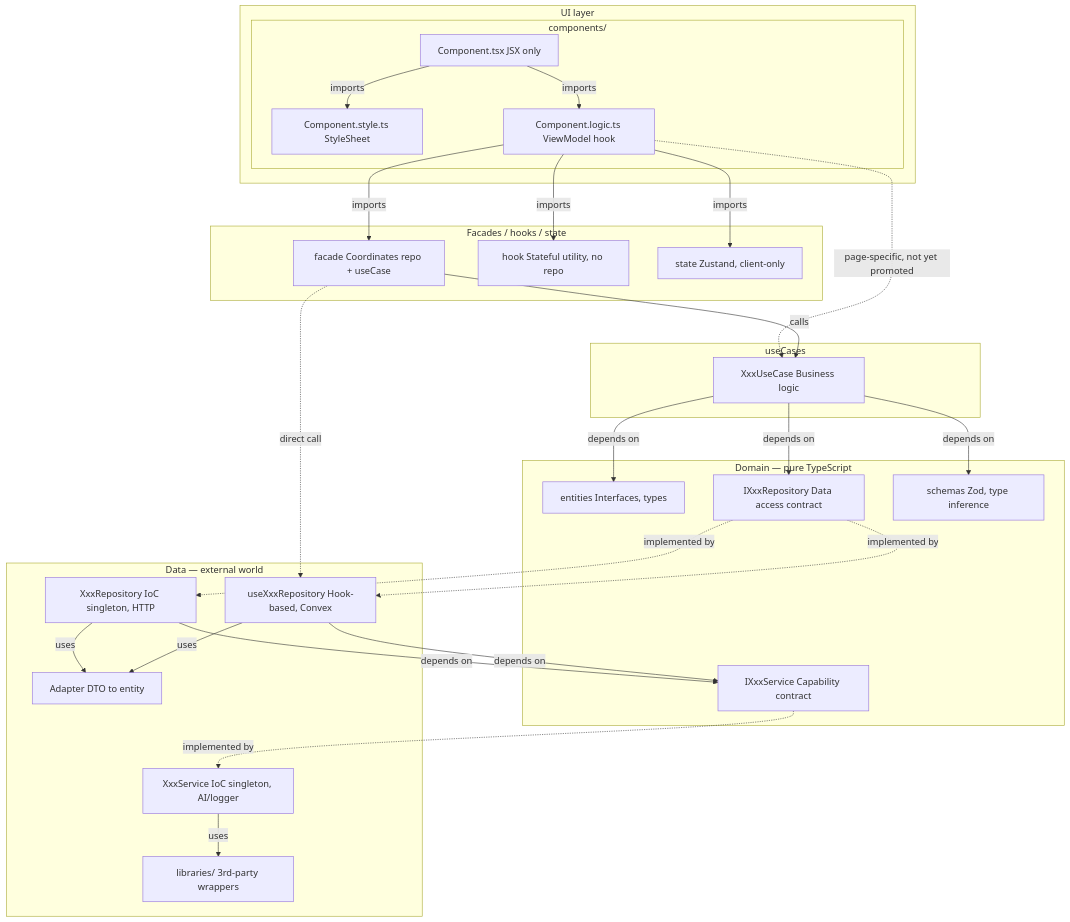
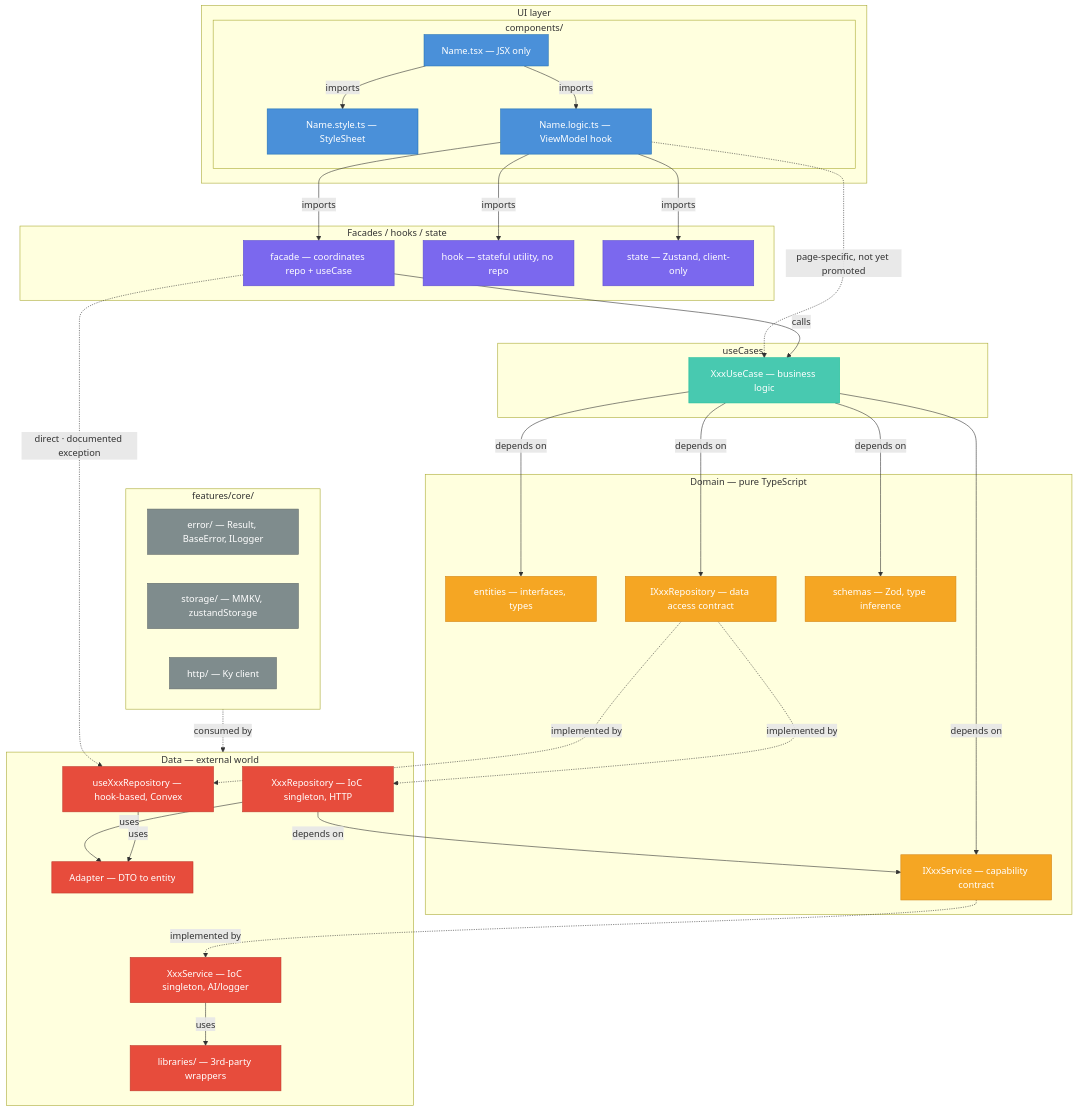
Before and after one commit to timothyrusso/HolidAI: the diagram in wiki/docs/diagrams/architecture.mermaid, drawn with Mermaid.

Commit message:
feat(266): update docs v7

```diff
--- a/wiki/docs/diagrams/architecture.mermaid
+++ b/wiki/docs/diagrams/architecture.mermaid
@@ -1,58 +1,72 @@
 flowchart TD
+    classDef ui       fill:#4A90D9,stroke:#2171B5,color:#fff
+    classDef facade   fill:#7B68EE,stroke:#5A4FCF,color:#fff
+    classDef usecase  fill:#48C9B0,stroke:#1ABC9C,color:#fff
+    classDef domain   fill:#F5A623,stroke:#D4891A,color:#fff
+    classDef data     fill:#E74C3C,stroke:#C0392B,color:#fff
+    classDef core     fill:#7F8C8D,stroke:#616A6B,color:#fff
+
     subgraph UI["UI layer"]
         subgraph Components["components/"]
-            CT["Component.tsx JSX only"]
-            CST["Component.style.ts StyleSheet"]
-            CLT["Component.logic.ts ViewModel hook"]
-            CT -->|"imports"| CST
-            CT -->|"imports"| CLT
+            TSX["Name.tsx — JSX only"]:::ui
+            STY["Name.style.ts — StyleSheet"]:::ui
+            LOG["Name.logic.ts — ViewModel hook"]:::ui
+            TSX -->|"imports"| STY
+            TSX -->|"imports"| LOG
         end
     end
 
     subgraph FHS["Facades / hooks / state"]
-        FAC["facade Coordinates repo + useCase"]
-        HOK["hook Stateful utility, no repo"]
-        STA["state Zustand, client-only"]
+        FAC["facade — coordinates repo + useCase"]:::facade
+        HOK["hook — stateful utility, no repo"]:::facade
+        STA["state — Zustand, client-only"]:::facade
     end
 
     subgraph UC["useCases"]
-        USE["XxxUseCase Business logic"]
+        USE["XxxUseCase — business logic"]:::usecase
     end
 
     subgraph DOM["Domain — pure TypeScript"]
-        ENT["entities Interfaces, types"]
-        IREP["IXxxRepository Data access contract"]
-        ISVC["IXxxService Capability contract"]
-        SCH["schemas Zod, type inference"]
+        ENT["entities — interfaces, types"]:::domain
+        IREP["IXxxRepository — data access contract"]:::domain
+        ISVC["IXxxService — capability contract"]:::domain
+        SCH["schemas — Zod, type inference"]:::domain
+    end
+
+    subgraph CORE["features/core/"]
+        ERR["error/ — Result, BaseError, ILogger"]:::core
+        STOR["storage/ — MMKV, zustandStorage"]:::core
+        HTTP["http/ — Ky client"]:::core
     end
 
     subgraph DAT["Data — external world"]
-        HREP["useXxxRepository Hook-based, Convex"]
-        CREP["XxxRepository IoC singleton, HTTP"]
-        ADA["Adapter DTO to entity"]
-        SVC["XxxService IoC singleton, AI/logger"]
-        LIB["libraries/ 3rd-party wrappers"]
+        HREP["useXxxRepository — hook-based, Convex"]:::data
+        CREP["XxxRepository — IoC singleton, HTTP"]:::data
+        ADA["Adapter — DTO to entity"]:::data
+        SVC["XxxService — IoC singleton, AI/logger"]:::data
+        LIB["libraries/ — 3rd-party wrappers"]:::data
     end
 
-    CLT -->|"imports"| FAC
-    CLT -->|"imports"| HOK
-    CLT -->|"imports"| STA
-    CLT -.->|"page-specific, not yet promoted"| USE
+    LOG -->|"imports"| FAC
+    LOG -->|"imports"| HOK
+    LOG -->|"imports"| STA
+    LOG -.->|"page-specific, not yet promoted"| USE
 
     FAC -->|"calls"| USE
-    FAC -.->|"direct call"| HREP
+    FAC -.->|"direct · documented exception"| HREP
 
     USE -->|"depends on"| ENT
     USE -->|"depends on"| IREP
+    USE -->|"depends on"| ISVC
     USE -->|"depends on"| SCH
 
     IREP -.->|"implemented by"| HREP
     IREP -.->|"implemented by"| CREP
+    ISVC -.->|"implemented by"| SVC
 
     CREP -->|"depends on"| ISVC
-    HREP -->|"depends on"| ISVC
-    ISVC -.->|"implemented by"| SVC
-
     CREP -->|"uses"| ADA
     HREP -->|"uses"| ADA
     SVC -->|"uses"| LIB
+
+    CORE -.->|"consumed by"| DAT
```
